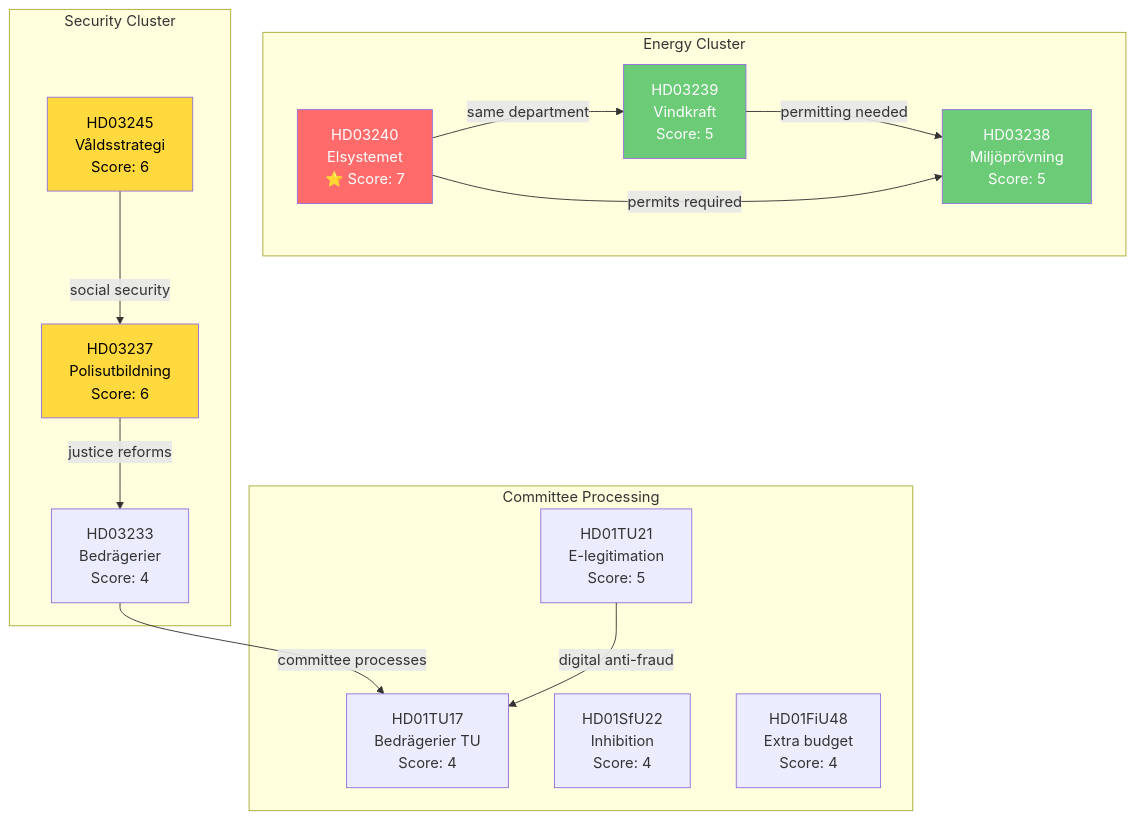
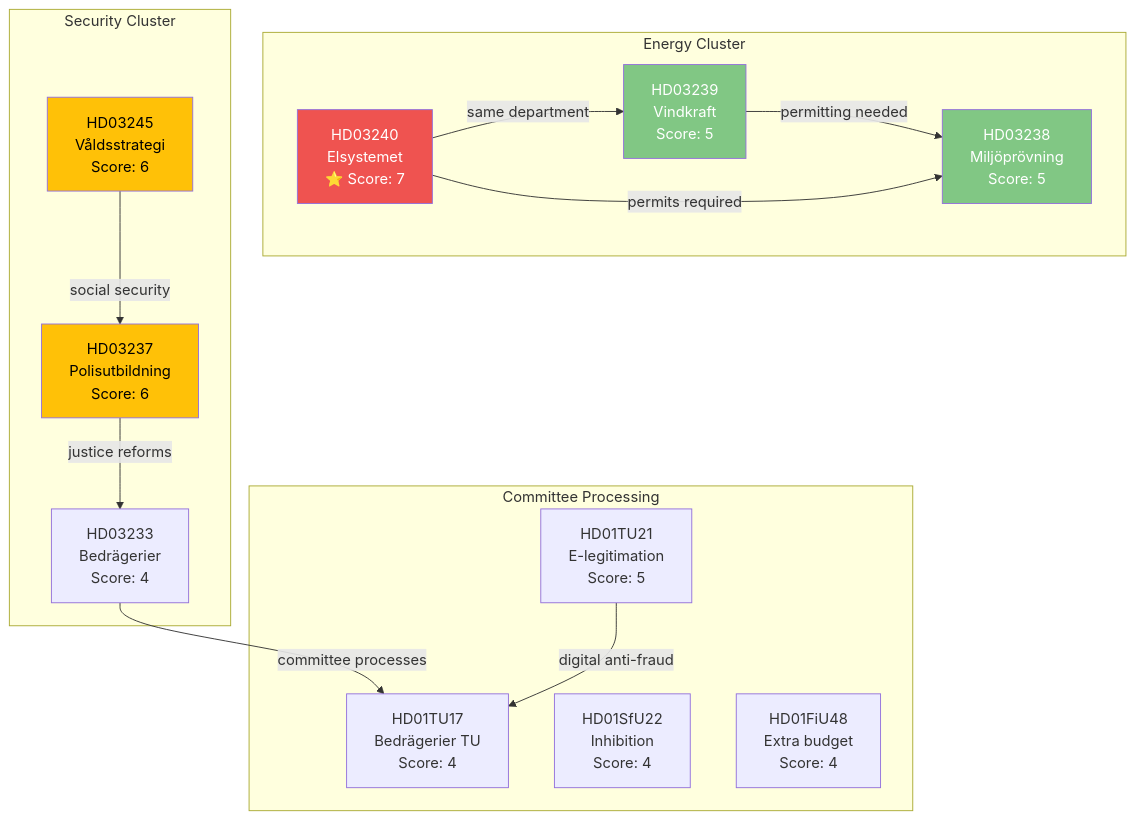
The diagram in analysis/daily/2026-04-14/realtime-1526/cross-reference-map.md (Hack23/riksdagsmonitor), drawn with Mermaid before and after one commit. The commit also changed 785 other files, not shown here.

First line of the commit message:
Normalize mermaid colors across 786 analysis artifacts to ISMS Style Guide palette

````diff
--- a/analysis/daily/2026-04-14/realtime-1526/cross-reference-map.md
+++ b/analysis/daily/2026-04-14/realtime-1526/cross-reference-map.md
@@ -10,31 +10,31 @@
 ```mermaid
 graph TD
     subgraph "Energy Cluster"
         HD03240["HD03240<br/>Elsystemet<br/>⭐ Score: 7"]
         HD03239["HD03239<br/>Vindkraft<br/>Score: 5"]
         HD03238["HD03238<br/>Miljöprövning<br/>Score: 5"]
     end
     subgraph "Security Cluster"
         HD03237["HD03237<br/>Polisutbildning<br/>Score: 6"]
         HD03233["HD03233<br/>Bedrägerier<br/>Score: 4"]
         HD03245["HD03245<br/>Våldsstrategi<br/>Score: 6"]
     end
     subgraph "Committee Processing"
         HD01TU21["HD01TU21<br/>E-legitimation<br/>Score: 5"]
         HD01TU17["HD01TU17<br/>Bedrägerier TU<br/>Score: 4"]
         HD01SfU22["HD01SfU22<br/>Inhibition<br/>Score: 4"]
         HD01FiU48["HD01FiU48<br/>Extra budget<br/>Score: 4"]
     end
     HD03240 -->|"same department"| HD03239
     HD03239 -->|"permitting needed"| HD03238
     HD03240 -->|"permits required"| HD03238
     HD03233 -->|"committee processes"| HD01TU17
     HD03237 -->|"justice reforms"| HD03233
     HD03245 -->|"social security"| HD03237
     HD01TU21 -->|"digital anti-fraud"| HD01TU17
-    style HD03240 fill:#ff6b6b,color:#fff
-    style HD03237 fill:#ffd93d,color:#000
-    style HD03245 fill:#ffd93d,color:#000
-    style HD03239 fill:#6bcb77,color:#fff
-    style HD03238 fill:#6bcb77,color:#fff
+    style HD03240 fill:#EF5350,color:#FFFFFF
+    style HD03237 fill:#FFC107,color:#000000
+    style HD03245 fill:#FFC107,color:#000000
+    style HD03239 fill:#81C784,color:#FFFFFF
+    style HD03238 fill:#81C784,color:#FFFFFF
 ```
````
